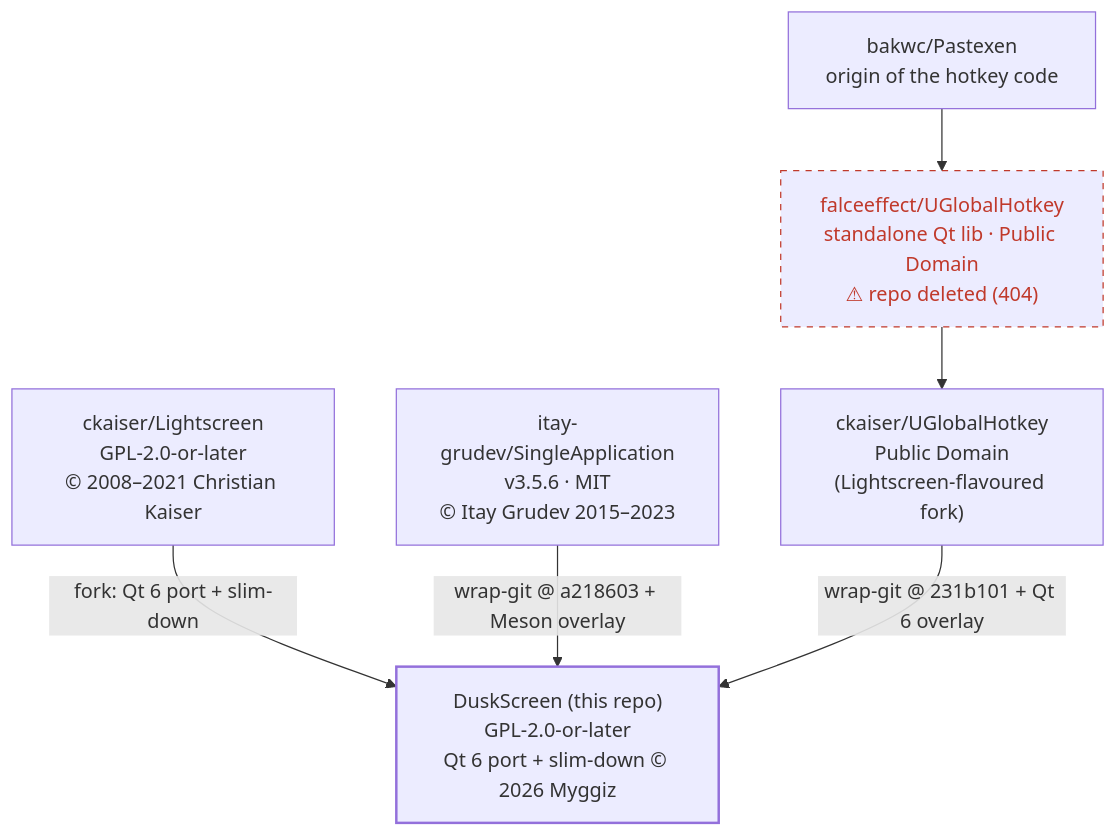
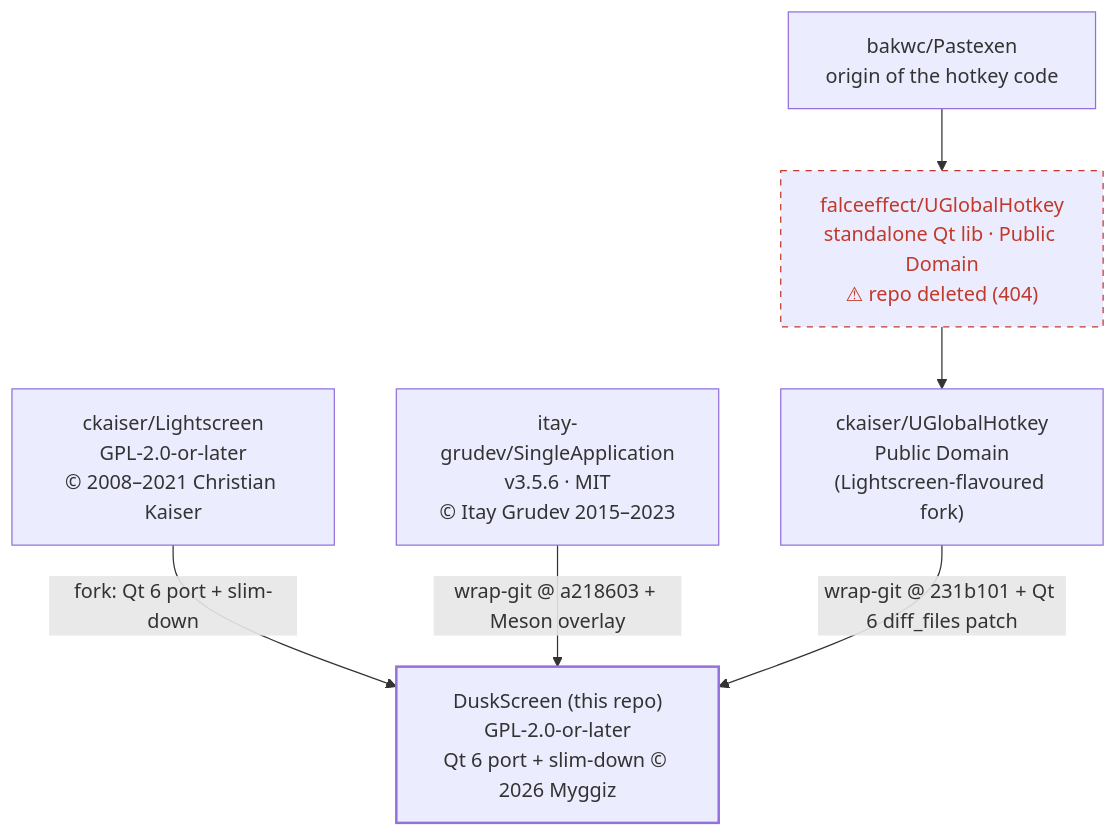
Before and after one commit to myggiz/DuskScreen: the diagram in PROVENANCE.md, drawn with Mermaid. The commit also changed other lines of this file and 8 other files, not shown here.

First line of the commit message:
build(uglobalhotkey): apply Qt6 port via diff_files patch + fix operator[] OOB

````diff
--- a/PROVENANCE.md
+++ b/PROVENANCE.md
@@ -8,23 +8,23 @@
 ```mermaid
 graph TD
     %% ── DuskScreen fork lineage ──
     LS["ckaiser/Lightscreen<br/>GPL-2.0-or-later<br/>© 2008–2021 Christian Kaiser"]
     DS["DuskScreen (this repo)<br/>GPL-2.0-or-later<br/>Qt 6 port + slim-down © 2026 Myggiz"]
     LS -->|"fork: Qt 6 port + slim-down"| DS
 
     %% ── SingleApplication dependency ──
     SA["itay-grudev/SingleApplication<br/>v3.5.6 · MIT<br/>© Itay Grudev 2015–2023"]
     SA -->|"wrap-git @ a218603 + Meson overlay"| DS
 
     %% ── UGlobalHotkey lineage ──
     PX["bakwc/Pastexen<br/>origin of the hotkey code"]
     FE["falceeffect/UGlobalHotkey<br/>standalone Qt lib · Public Domain<br/>⚠ repo deleted (404)"]
     CK["ckaiser/UGlobalHotkey<br/>Public Domain<br/>(Lightscreen-flavoured fork)"]
     PX --> FE --> CK
-    CK -->|"wrap-git @ 231b101 + Qt 6 overlay"| DS
+    CK -->|"wrap-git @ 231b101 + Qt 6 diff_files patch"| DS
 
     classDef dead stroke-dasharray:5 5,stroke:#c0392b,color:#c0392b;
     classDef repo stroke-width:2px;
     class FE dead;
     class DS repo;
 ```
````
